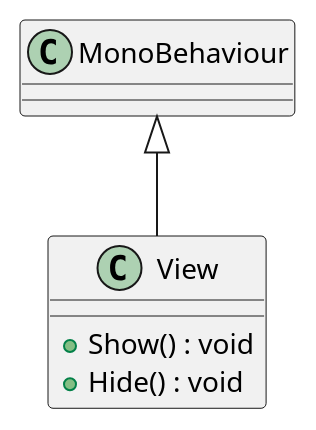
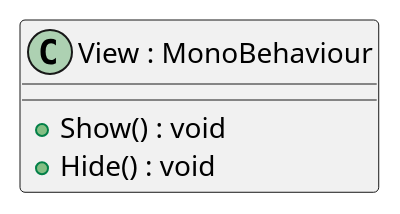
One commit to TechnicJelle/PlanesTowerDefence changed the diagram in PlantUML/UI/View.puml. Above: the diagram before and after it, drawn with PlantUML. The commit also changed 28 other files, not shown here.

First line of the commit message:
Manual tweaks of the UML diagrams

```diff
--- a/PlantUML/UI/View.puml
+++ b/PlantUML/UI/View.puml
@@ -1,7 +1,6 @@
 @startuml
-class View {
+class "View : MonoBehaviour" as View {
     + Show() : void
     + Hide() : void
 }
-MonoBehaviour <|-- View
 @enduml
```
